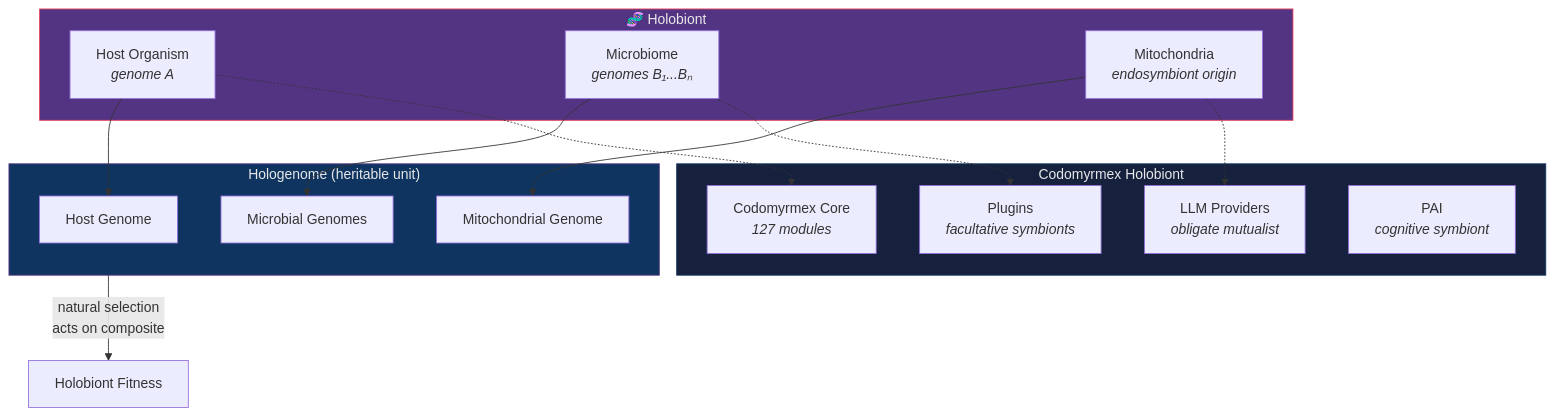
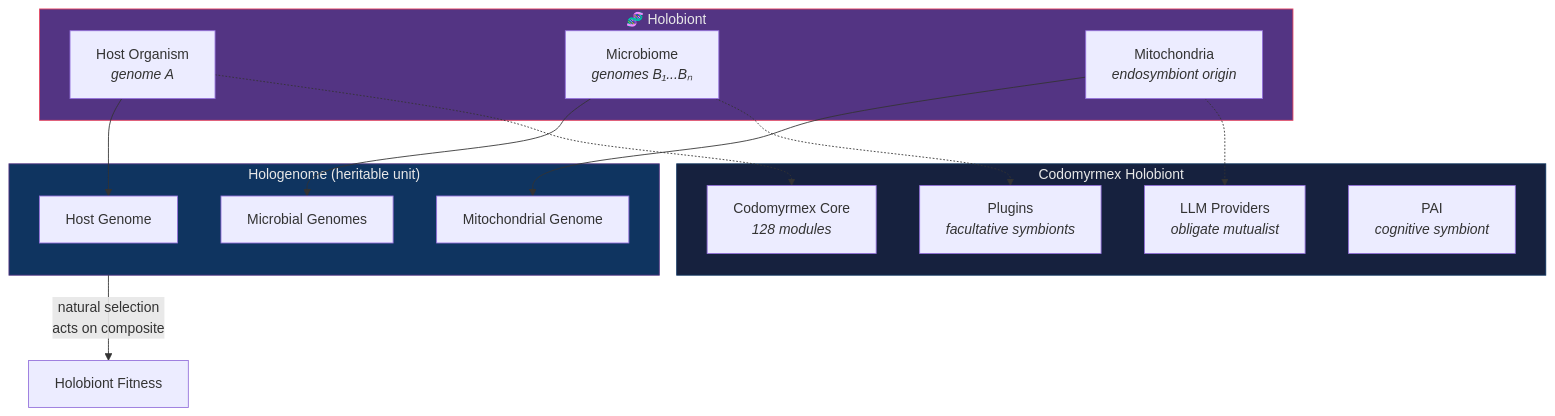
Before and after one commit to docxology/codomyrmex: the first of 2 diagrams in docs/bio/symbiosis.md, drawn with Mermaid. The commit also changed 44 other files, not shown here.

````diff
--- a/docs/bio/symbiosis.md
+++ b/docs/bio/symbiosis.md
@@ -17,35 +17,35 @@
 ```mermaid
 graph TB
     subgraph HOLOBIONT["🧬 Holobiont"]
         HOST["Host Organism<br/><i>genome A</i>"]
         MICRO["Microbiome<br/><i>genomes B₁...Bₙ</i>"]
         MITO["Mitochondria<br/><i>endosymbiont origin</i>"]
     end
 
     subgraph HOLOGENOME["Hologenome (heritable unit)"]
         HOST_G["Host Genome"]
         MICRO_G["Microbial Genomes"]
         MITO_G["Mitochondrial Genome"]
     end
 
     HOST --> HOST_G
     MICRO --> MICRO_G
     MITO --> MITO_G
 
     HOLOGENOME -->|"natural selection<br/>acts on composite"| FITNESS["Holobiont Fitness"]
 
     subgraph CDM_HOLO["Codomyrmex Holobiont"]
-        CDM_HOST["Codomyrmex Core<br/><i>127 modules</i>"]
+        CDM_HOST["Codomyrmex Core<br/><i>128 modules</i>"]
         CDM_LLM["LLM Providers<br/><i>obligate mutualist</i>"]
         CDM_PLUGINS["Plugins<br/><i>facultative symbionts</i>"]
         CDM_PAI["PAI<br/><i>cognitive symbiont</i>"]
     end
 
     HOST -.-> CDM_HOST
     MICRO -.-> CDM_PLUGINS
     MITO -.-> CDM_LLM
 
     style HOLOBIONT fill:#533483,stroke:#e94560,color:#e8e8e8
     style HOLOGENOME fill:#0f3460,stroke:#533483,color:#e8e8e8
     style CDM_HOLO fill:#16213e,stroke:#0f3460,color:#e8e8e8
 ```
````
